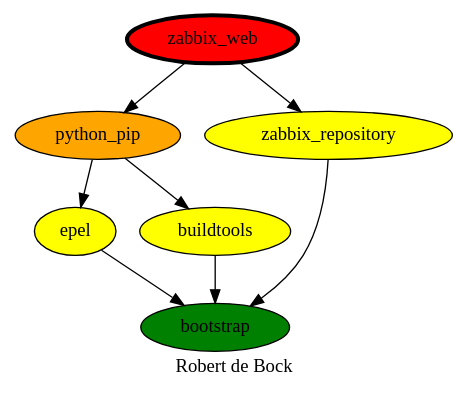
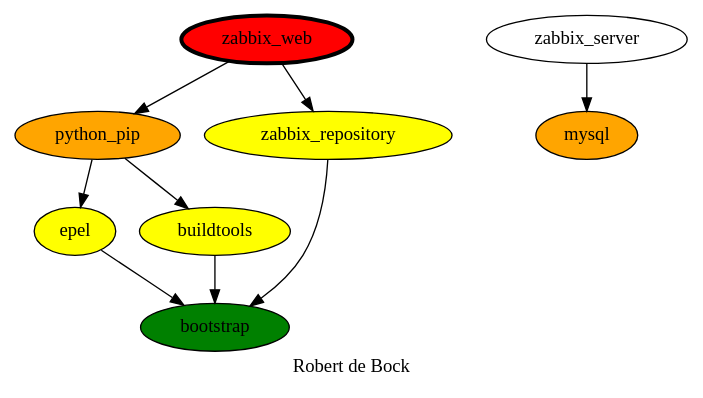
One commit to robertdebock/drawings changed the diagram in zabbix_web.dot. Above: the diagram before and after it, drawn with Graphviz. The commit also changed 6 other files, not shown here.

```diff
--- a/zabbix_web.dot
+++ b/zabbix_web.dot
@@ -1,15 +1,17 @@
 digraph PhiloDilemma {
   label = "Robert de Bock" ;
   overlap=false
   {
     bootstrap [fillcolor=green style=filled]
     epel [fillcolor=yellow style=filled]
     buildtools [fillcolor=yellow style=filled]
     python_pip [fillcolor=orange style=filled]
     zabbix_repository [fillcolor=yellow style=filled]
+    mysql [fillcolor=orange style=filled]
     zabbix_web [fillcolor=red style=filled penwidth=3]
   }
   {buildtools epel zabbix_repository} -> bootstrap
+  zabbix_server -> mysql
   zabbix_web -> {zabbix_repository python_pip}
   python_pip -> {buildtools epel}
 }
```
